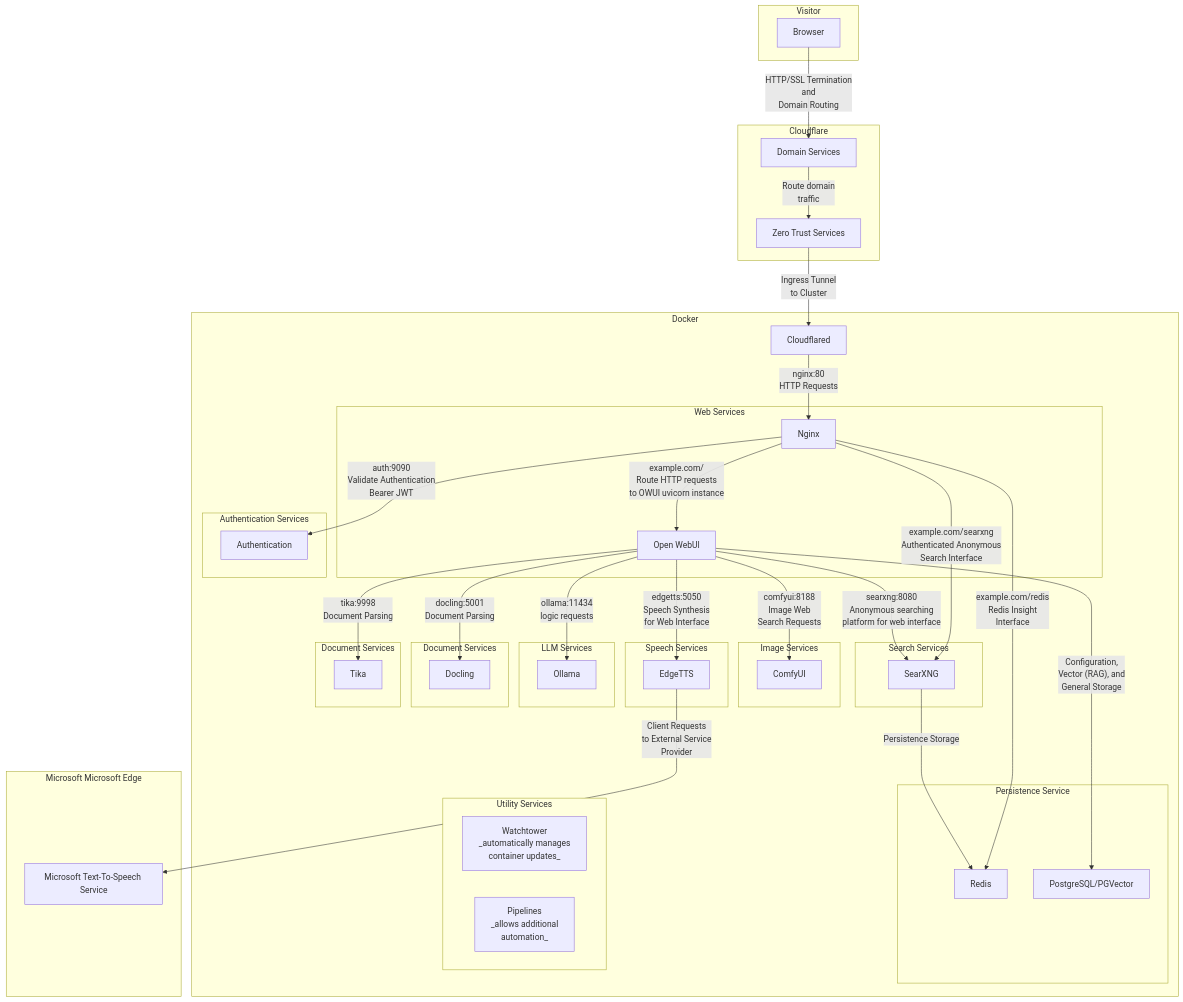
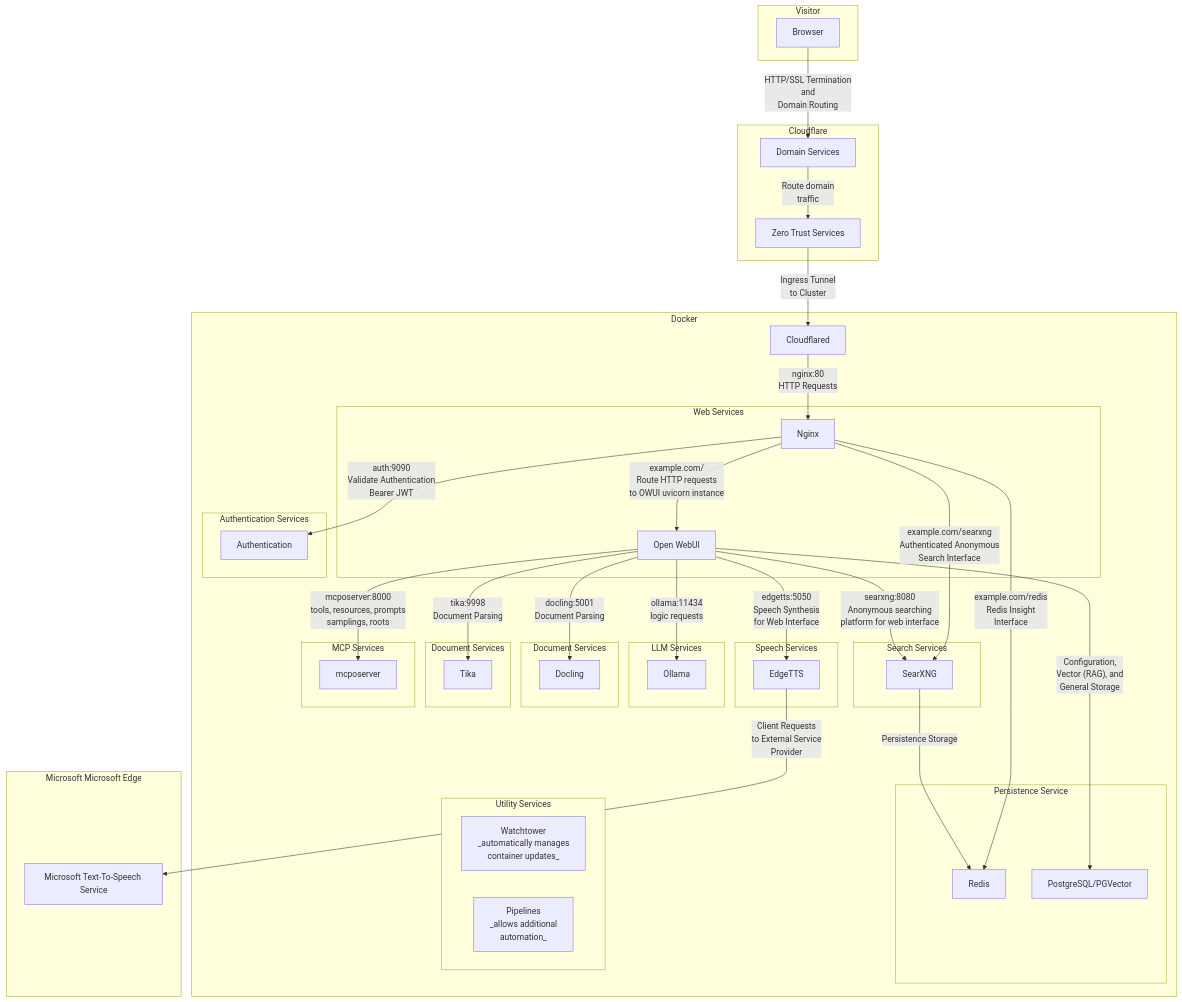
The diagram in docs/service-architecture-diagram.md (iamobservable/open-webui-starter), drawn with Mermaid before and after one commit. The commit also changed 8 other files, not shown here.

First line of the commit message:
create mcp server service with two initial tools

```diff
--- a/docs/service-architecture-diagram.md
+++ b/docs/service-architecture-diagram.md
@@ -53,15 +53,6 @@
             Search Interface
         --> searxng
 
-        subgraph Image Services
-            comfyui[ComfyUI]
-        end
-
-        openwebui -- "comfyui:8188"
-            Image Web
-            Search Requests
-        --> comfyui
-
         subgraph Authentication Services
             auth[Authentication]
         end
@@ -113,6 +104,15 @@
             Document Parsing
         --> tika
 
+        subgraph MCP Services
+            mcposerver[mcposerver]
+        end
+
+        openwebui -- "mcposerver:8000"
+            tools, resources, prompts
+            samplings, roots
+        --> mcposerver
+
         subgraph Persistence Service
             db[PostgreSQL/PGVector]
             redis[Redis]
```
